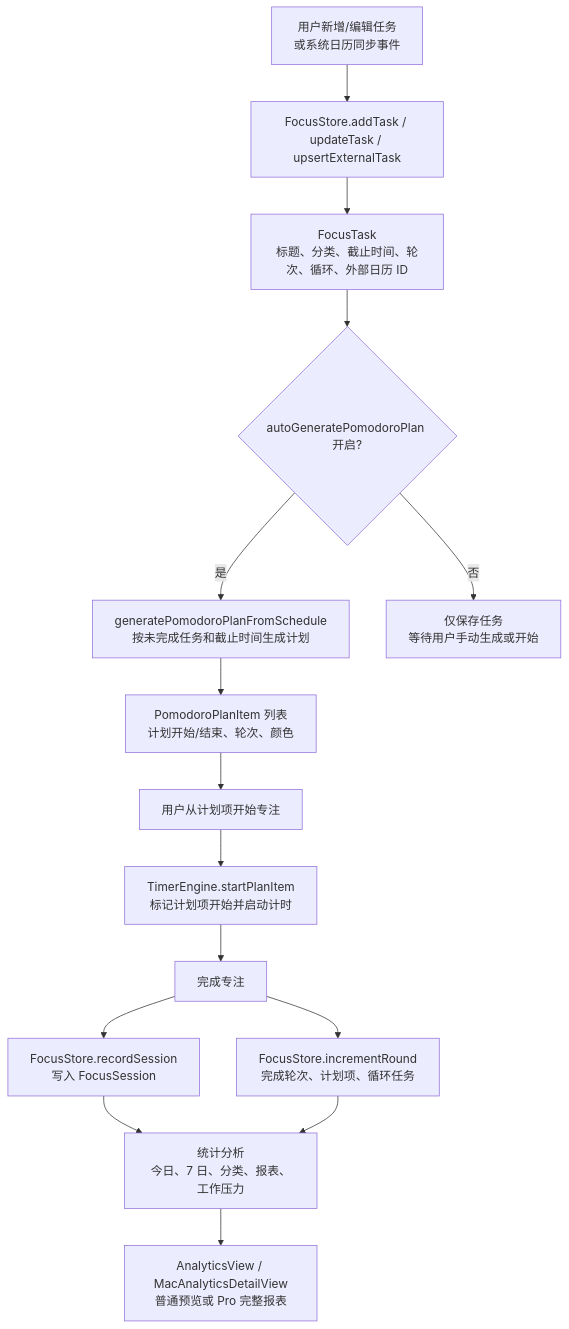
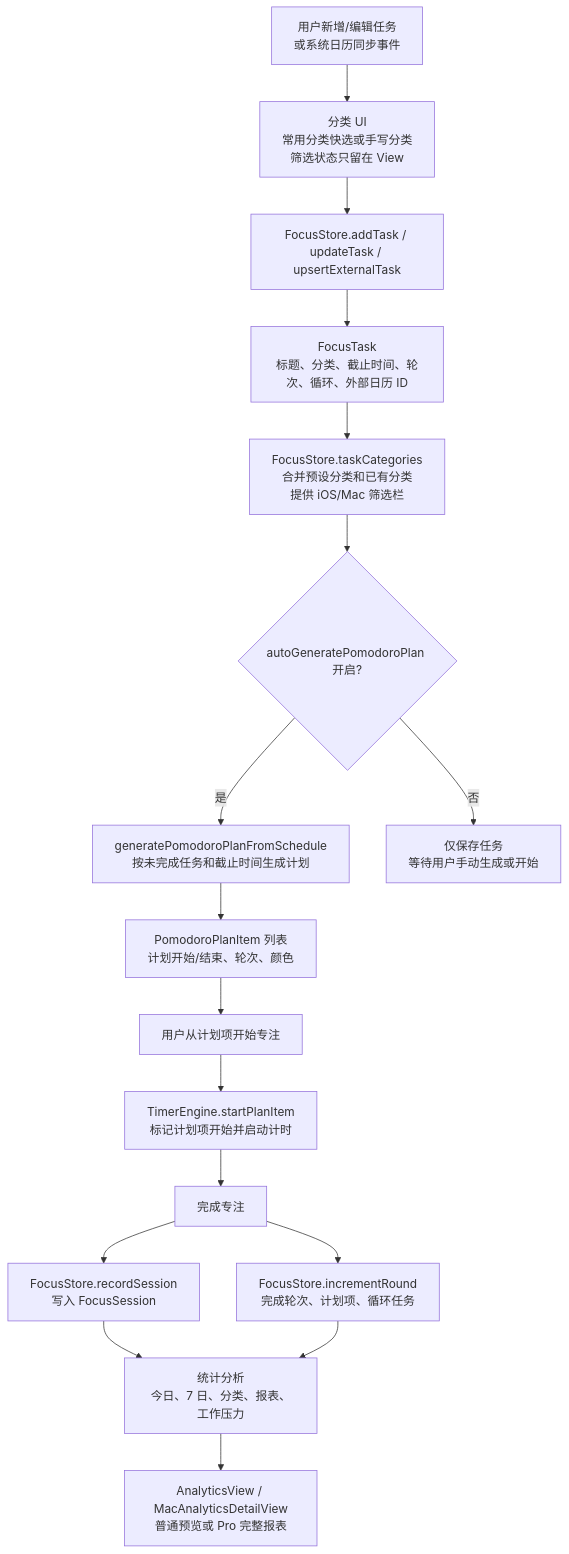
One commit to Altman-sam114/114 changed the third of 5 diagrams in md/flow/flowchart.md. Above: the diagram before and after it, drawn with Mermaid. The commit also changed other lines of this file and 12 other files, not shown here.

````diff
--- a/md/flow/flowchart.md
+++ b/md/flow/flowchart.md
@@ -61,17 +63,19 @@
 ```mermaid
 flowchart TD
-  A["用户新增/编辑任务<br/>或系统日历同步事件"] --> B["FocusStore.addTask / updateTask / upsertExternalTask"]
+  A["用户新增/编辑任务<br/>或系统日历同步事件"] --> P0["分类 UI<br/>常用分类快选或手写分类<br/>筛选状态只留在 View"]
+  P0 --> B["FocusStore.addTask / updateTask / upsertExternalTask"]
   B --> C["FocusTask<br/>标题、分类、截止时间、轮次、循环、外部日历 ID"]
-  C --> D{"autoGeneratePomodoroPlan 开启?"}
+  C --> C2["FocusStore.taskCategories<br/>合并预设分类和已有分类<br/>提供 iOS/Mac 筛选栏"]
+  C2 --> D{"autoGeneratePomodoroPlan 开启?"}
   D -->|是| E["generatePomodoroPlanFromSchedule<br/>按未完成任务和截止时间生成计划"]
   D -->|否| F["仅保存任务<br/>等待用户手动生成或开始"]
   E --> G["PomodoroPlanItem 列表<br/>计划开始/结束、轮次、颜色"]
   G --> H["用户从计划项开始专注"]
   H --> I["TimerEngine.startPlanItem<br/>标记计划项开始并启动计时"]
   I --> J["完成专注"]
   J --> K["FocusStore.incrementRound<br/>完成轮次、计划项、循环任务"]
   J --> L["FocusStore.recordSession<br/>写入 FocusSession"]
   L --> M["统计分析<br/>今日、7 日、分类、报表、工作压力"]
   K --> M
   M --> N["AnalyticsView / MacAnalyticsDetailView<br/>普通预览或 Pro 完整报表"]
 ```
````
